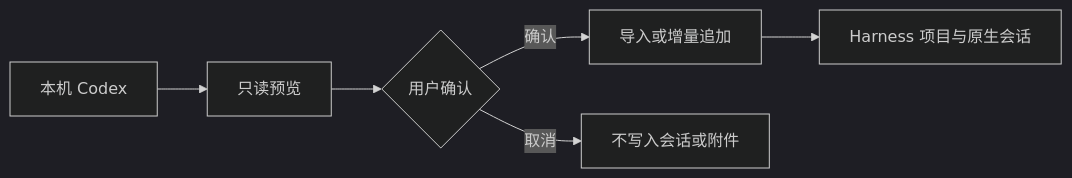
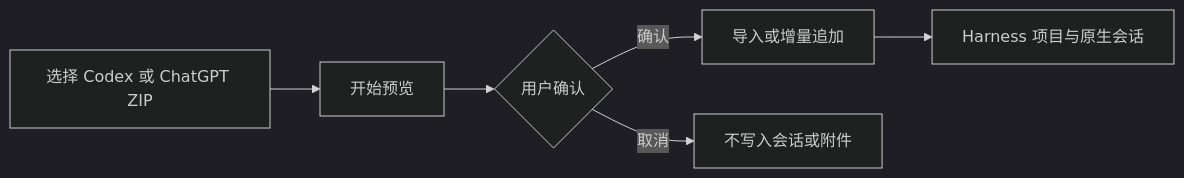
One commit to jiangtaoxu/dsh-plugin-codex-import changed the diagram in README.md. Above: the diagram before and after it, drawn with Mermaid (dark theme). The commit also changed other lines of this file and 20 other files, not shown here.

````diff
--- a/README.md
+++ b/README.md
@@ -105,8 +107,8 @@
 ```mermaid
 flowchart LR
-    A[本机 Codex] --> B[只读预览]
+    A[选择 Codex 或 ChatGPT ZIP] --> B[开始预览]
     B --> C{用户确认}
     C -->|确认| D[导入或增量追加]
     C -->|取消| E[不写入会话或附件]
     D --> F[Harness 项目与原生会话]
 ```
````
